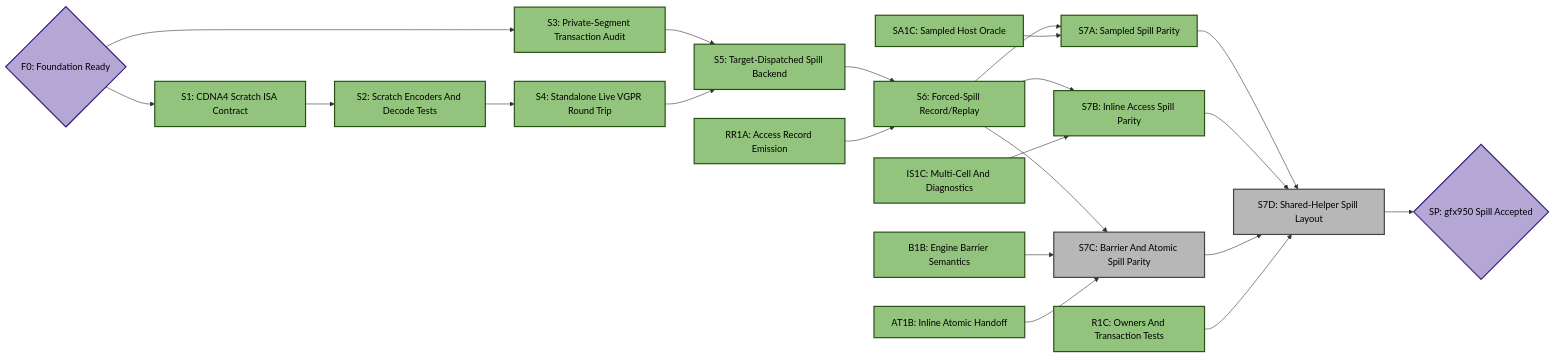
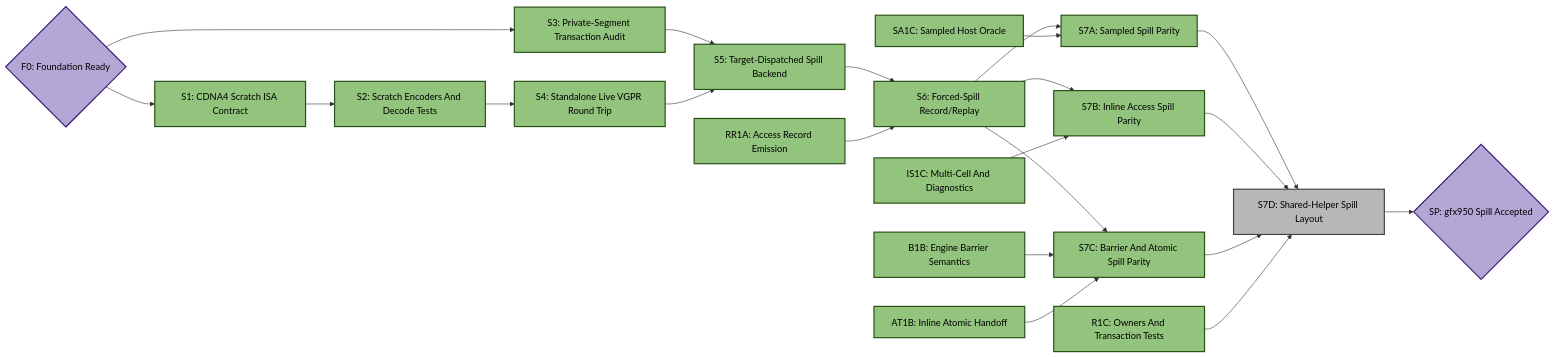
One commit to ROCm/rocm-systems changed the third of 5 diagrams in emulation/rocjitsu/docs/consan/PLAN_GFX950.md. Above: the diagram before and after it, drawn with Mermaid. The commit also changed other lines of this file and 4 other files, not shown here.

````diff
--- a/emulation/rocjitsu/docs/consan/PLAN_GFX950.md
+++ b/emulation/rocjitsu/docs/consan/PLAN_GFX950.md
@@ -323,47 +331,47 @@
 ```mermaid
 flowchart LR
   F0{"F0: Foundation Ready"}:::target
   S1["S1: CDNA4 Scratch ISA Contract"]:::done
   S2["S2: Scratch Encoders And Decode Tests"]:::done
   S3["S3: Private-Segment Transaction Audit"]:::done
   S4["S4: Standalone Live VGPR Round Trip"]:::done
   S5["S5: Target-Dispatched Spill Backend"]:::done
   RR1A["RR1A: Access Record Emission"]:::done
   S6["S6: Forced-Spill Record/Replay"]:::done
   SA1C["SA1C: Sampled Host Oracle"]:::done
   IS1C["IS1C: Multi-Cell And Diagnostics"]:::done
   B1B["B1B: Engine Barrier Semantics"]:::done
   AT1B["AT1B: Inline Atomic Handoff"]:::done
   R1C["R1C: Owners And Transaction Tests"]:::done
   S7A["S7A: Sampled Spill Parity"]:::done
   S7B["S7B: Inline Access Spill Parity"]:::done
-  S7C["S7C: Barrier And Atomic Spill Parity"]:::todo
+  S7C["S7C: Barrier And Atomic Spill Parity"]:::done
   S7D["S7D: Shared-Helper Spill Layout"]:::todo
   SP{"SP: gfx950 Spill Accepted"}:::target
 
   F0 --> S1
   F0 --> S3
   S1 --> S2
   S2 --> S4
   S3 --> S5
   S4 --> S5
   S5 --> S6
   RR1A --> S6
   S6 --> S7A
   SA1C --> S7A
   S6 --> S7B
   IS1C --> S7B
   S6 --> S7C
   B1B --> S7C
   AT1B --> S7C
   S7A --> S7D
   S7B --> S7D
   S7C --> S7D
   R1C --> S7D
   S7D --> SP
 
   classDef done fill:#93c47d,stroke:#274e13,stroke-width:2px,color:#000;
   classDef active fill:#f6b26b,stroke:#783f04,stroke-width:2px,color:#000;
   classDef todo fill:#b7b7b7,stroke:#434343,stroke-width:2px,color:#000;
   classDef target fill:#b4a7d6,stroke:#351c75,stroke-width:2px,color:#000;
 ```
````
